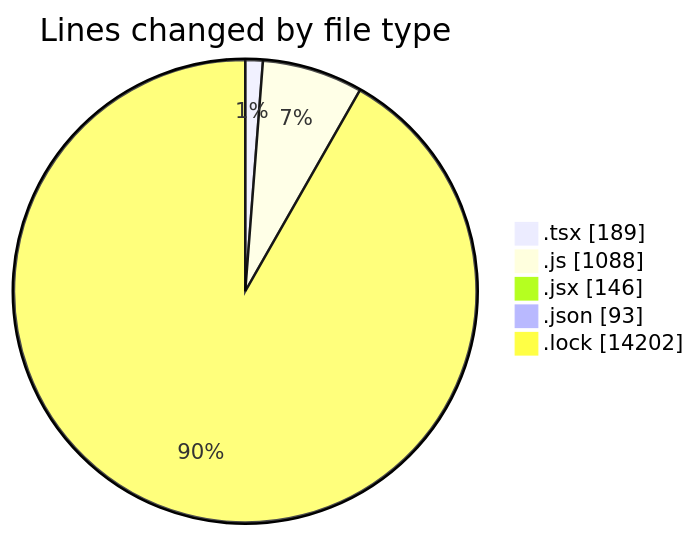
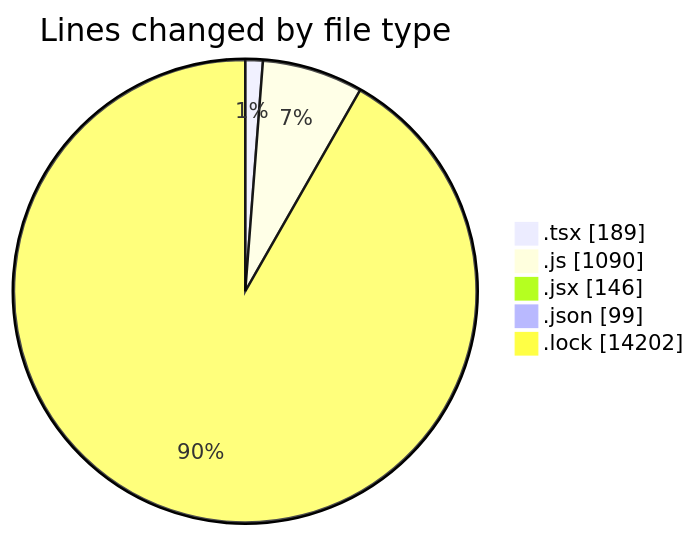
Before and after one commit to momahboobian/code-tracking: the first of 2 diagrams in 2025-05-08/cda/README.md, drawn with Mermaid. The commit also changed other lines of this file and 1 other file, not shown here.

````diff
--- a/2025-05-08/cda/README.md
+++ b/2025-05-08/cda/README.md
@@ -29,9 +29,9 @@
 ```mermaid
 pie showData
 title Lines changed by file type
 ".tsx" : 189
-".js" : 1088
+".js" : 1090
 ".jsx" : 146
-".json" : 93
+".json" : 99
 ".lock" : 14202
 ```
````
